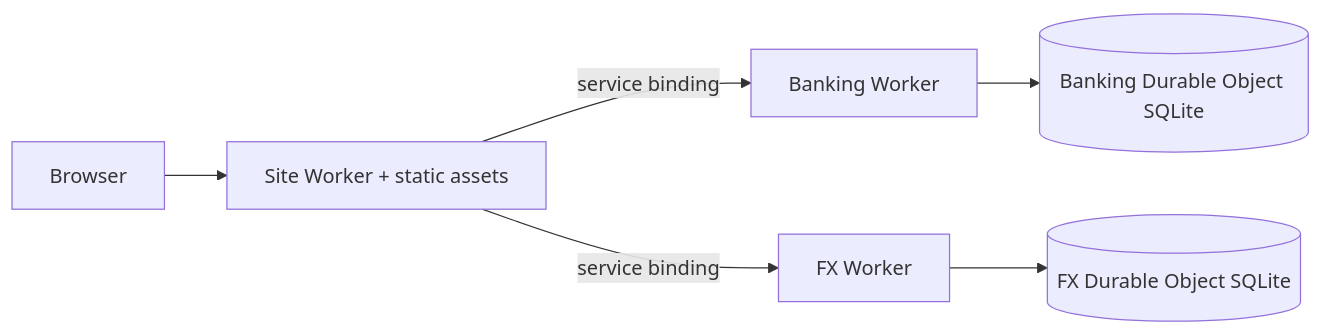
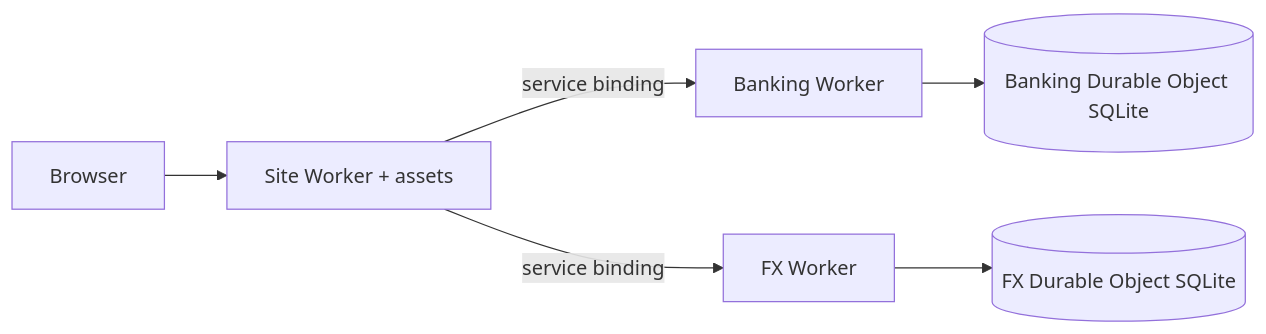
Before and after one commit to Josh-Gi3r/blueballs: the first of 3 diagrams in ARCHITECTURE.md, drawn with Mermaid. The commit also changed other lines of this file, not shown here.

Commit message:
Update architecture for the production banking and FX runtime model

````diff
--- a/ARCHITECTURE.md
+++ b/ARCHITECTURE.md
@@ -38,8 +30,8 @@
 ```mermaid
 flowchart LR
-  Browser --> Site[Site Worker + static assets]
+  Browser --> Site[Site Worker + assets]
   Site -->|service binding| Bank[Banking Worker]
   Site -->|service binding| FX[FX Worker]
   Bank --> BDO[(Banking Durable Object SQLite)]
   FX --> FDO[(FX Durable Object SQLite)]
 ```
````
